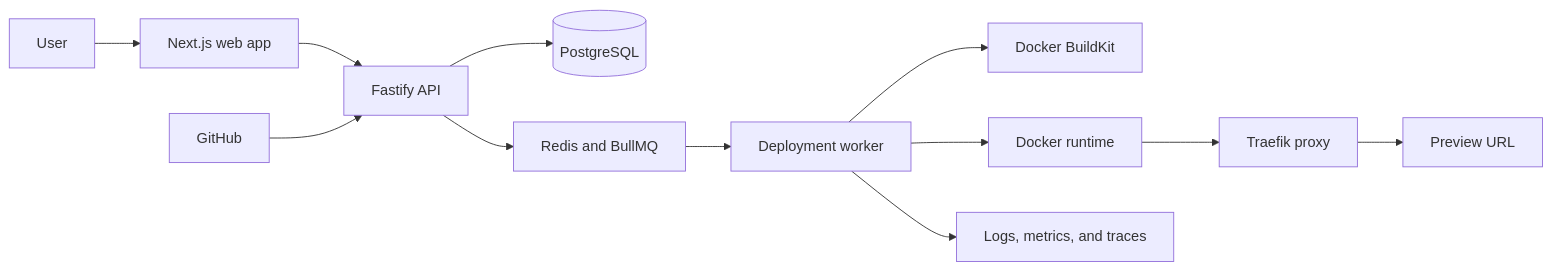
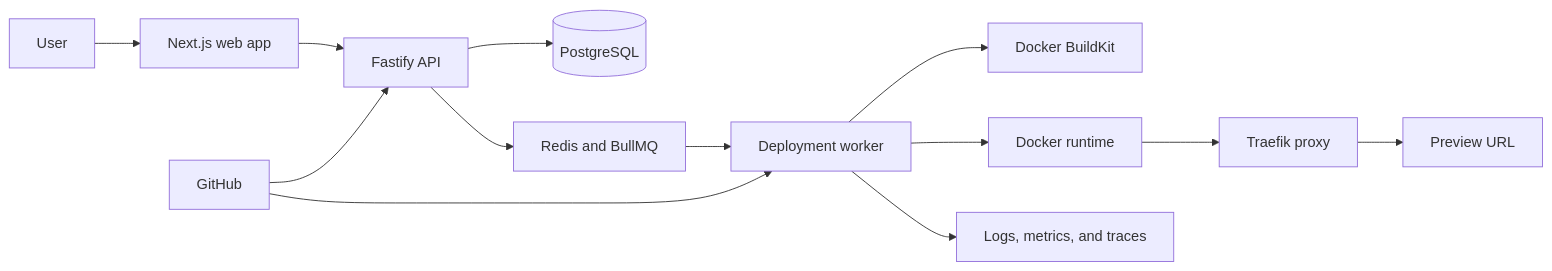
The diagram in README.md (Zamuel66666/LaunchRail), drawn with Mermaid before and after one commit. The commit also changed other lines of this file and 14 other files, not shown here.

````diff
--- a/README.md
+++ b/README.md
@@ -24,14 +24,15 @@
 ```mermaid
 flowchart LR
     User["User"] --> Web["Next.js web app"]
     Web --> API["Fastify API"]
     GitHub["GitHub"] --> API
+    GitHub --> Worker
     API --> DB[("PostgreSQL")]
     API --> Queue["Redis and BullMQ"]
     Queue --> Worker["Deployment worker"]
     Worker --> Build["Docker BuildKit"]
     Worker --> Runtime["Docker runtime"]
     Runtime --> Proxy["Traefik proxy"]
     Proxy --> Preview["Preview URL"]
     Worker --> Telemetry["Logs, metrics, and traces"]
 ```
````
